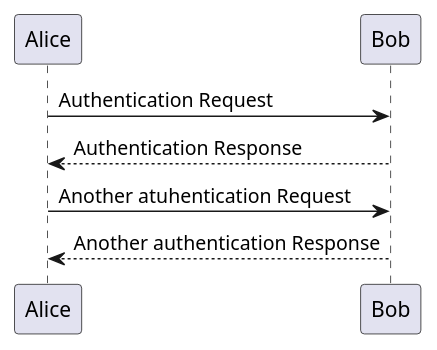
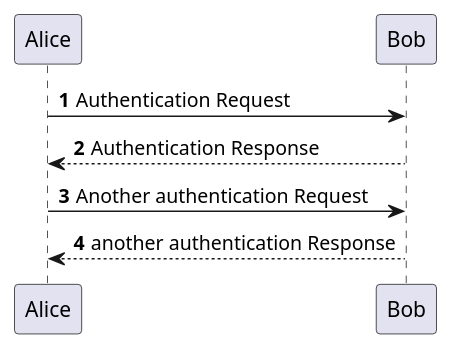
One commit to XenoAmess/XenoAmessBlog changed the diagram in _posts/20210504修行.md. Above: the diagram before and after it, drawn with PlantUML. The commit also changed other lines of this file, not shown here.

```diff
--- a/_posts/20210504修行.md
+++ b/_posts/20210504修行.md
@@ -18,7 +22,13 @@
 {% plantuml %}
+@startuml
+'https://plantuml.com/sequence-diagram
+
+autonumber
+
 Alice -> Bob: Authentication Request
 Bob --> Alice: Authentication Response
 
-Alice -> Bob: Another atuhentication Request
-Alice <-- Bob: Another authentication Response
+Alice -> Bob: Another authentication Request
+Alice <-- Bob: another authentication Response
+@enduml
 {% endplantuml %}
```
